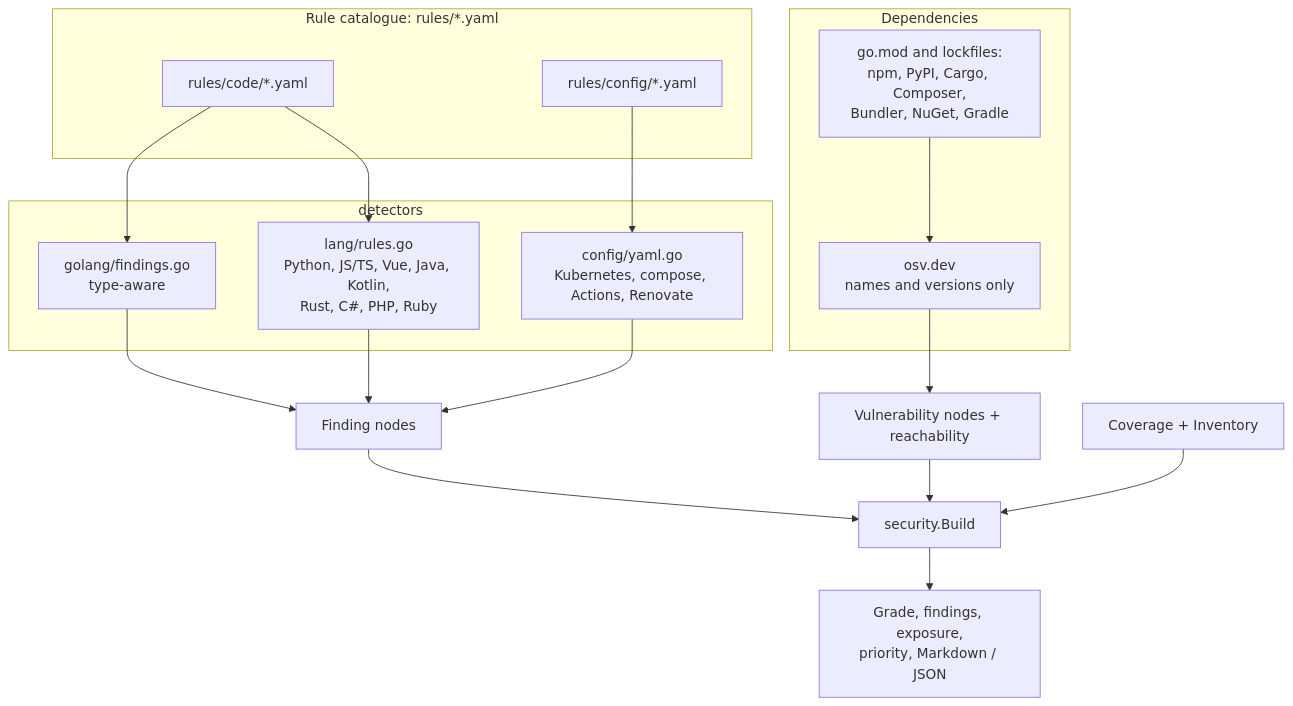
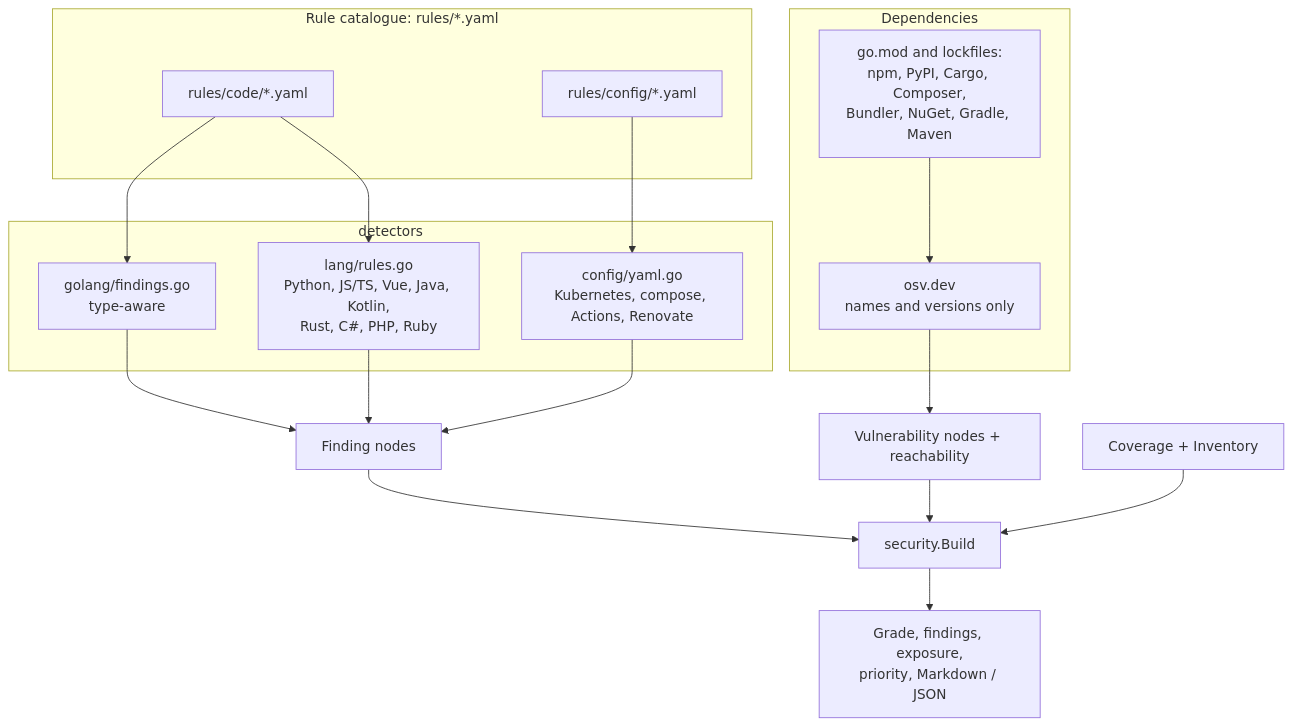
One commit to astrona-io/codesynapse changed the first of 3 diagrams in docs/features/security.md. Above: the diagram before and after it, drawn with Mermaid. The commit also changed 9 other files, not shown here.

````diff
--- a/docs/features/security.md
+++ b/docs/features/security.md
@@ -7,29 +7,29 @@
 ```mermaid
 flowchart TB
     subgraph rules[Rule catalogue: rules/*.yaml]
         rc[rules/code/*.yaml]
         rg[rules/config/*.yaml]
     end
     subgraph detectors
         gd[golang/findings.go<br/>type-aware]
         ld[lang/rules.go<br/>Python, JS/TS, Vue, Java, Kotlin,<br/>Rust, C#, PHP, Ruby]
         yd[config/yaml.go<br/>Kubernetes, compose, Actions, Renovate]
     end
     subgraph deps[Dependencies]
-        lock[go.mod and lockfiles:<br/>npm, PyPI, Cargo, Composer,<br/>Bundler, NuGet, Gradle]
+        lock[go.mod and lockfiles:<br/>npm, PyPI, Cargo, Composer,<br/>Bundler, NuGet, Gradle, Maven]
         osv[osv.dev<br/>names and versions only]
     end
 
     rc --> gd
     rc --> ld
     rg --> yd
     lock --> osv
     gd --> F[Finding nodes]
     ld --> F
     yd --> F
     osv --> V[Vulnerability nodes + reachability]
     F --> B[security.Build]
     V --> B
     cov[Coverage + Inventory] --> B
     B --> out[Grade, findings, exposure,<br/>priority, Markdown / JSON]
 ```
````
